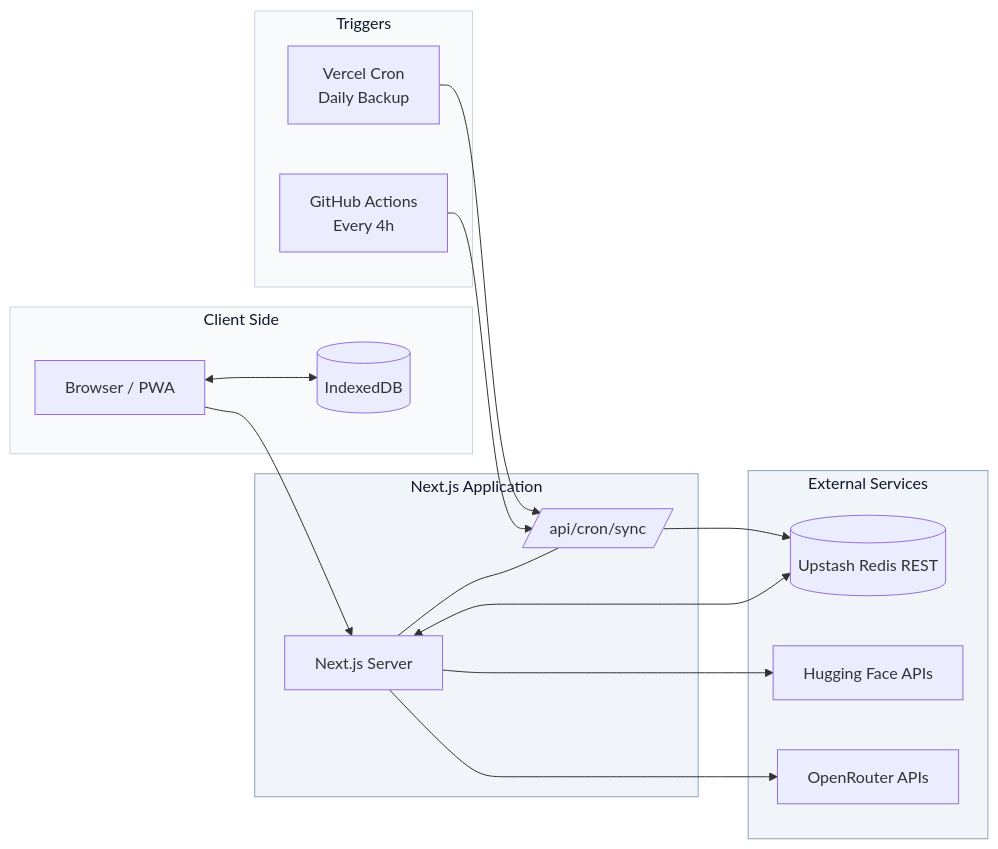
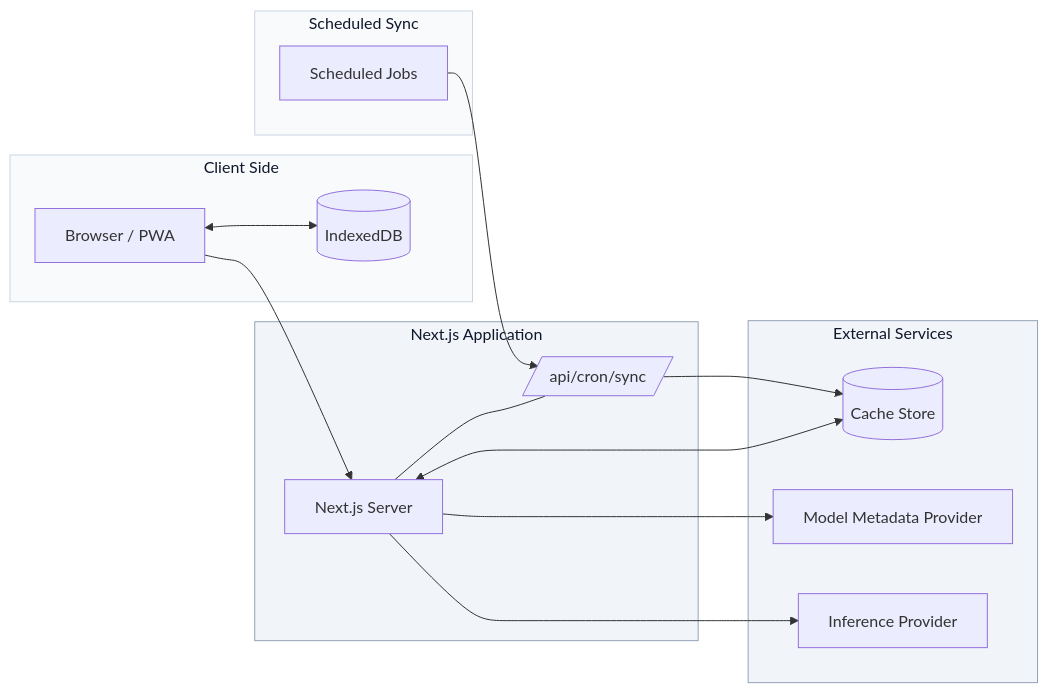
The diagram in README.md (vulpixlabs/vulpix), drawn with Mermaid before and after one commit. The commit also changed other lines of this file, not shown here.

````diff
--- a/README.md
+++ b/README.md
@@ -79,48 +79,37 @@
 ```mermaid
 flowchart LR
-    %% Frontend / Client
     subgraph Client [Client Side]
         U[Browser / PWA]
         IDB[(IndexedDB)]
         U <--> IDB
     end
 
-    %% Backend / Application
     subgraph App [Next.js Application]
         N[Next.js Server]
         CR[/api/cron/sync/]
         N --- CR
     end
 
-    %% Automation Triggers
-    subgraph Automation [Triggers]
-        GH[GitHub Actions\nEvery 4h]
-        VC[Vercel Cron\nDaily Backup]
+    subgraph Automation [Scheduled Sync]
+        SC[Scheduled Jobs]
     end
 
-    %% External Services
     subgraph Services [External Services]
-        R[(Upstash Redis REST)]
-        HF[Hugging Face APIs]
-        OR[OpenRouter APIs]
+        R[(Cache Store)]
+        MP[Model Metadata Provider]
+        IP[Inference Provider]
     end
 
-    %% Core Data Flow
     U --> N
-    N --> HF
-    N --> OR
+    N --> MP
+    N --> IP
     N <--> R
 
-    %% Automation Flow
-    GH --> CR
-    VC --> CR
+    SC --> CR
     CR --> R
 
-    %% Professional Neutral Color Styling
     style Client fill:#f8fafc,stroke:#cbd5e1,stroke-width:1px,color:#0f172a
     style App fill:#f1f5f9,stroke:#94a3b8,stroke-width:1px,color:#0f172a
     style Automation fill:#f8fafc,stroke:#cbd5e1,stroke-width:1px,color:#0f172a
     style Services fill:#f1f5f9,stroke:#94a3b8,stroke-width:1px,color:#0f172a
-
-
 ```
````
